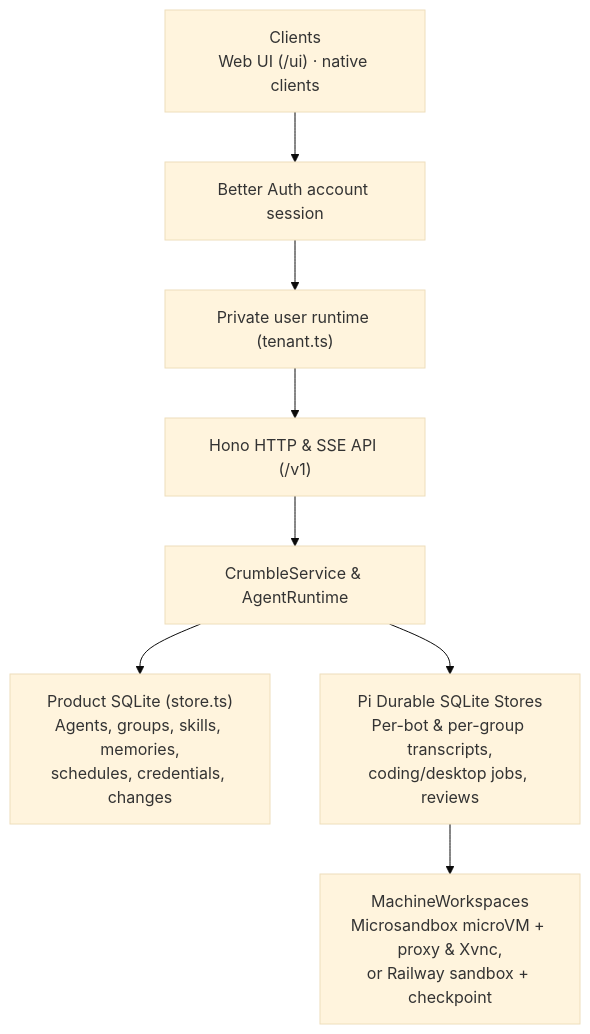
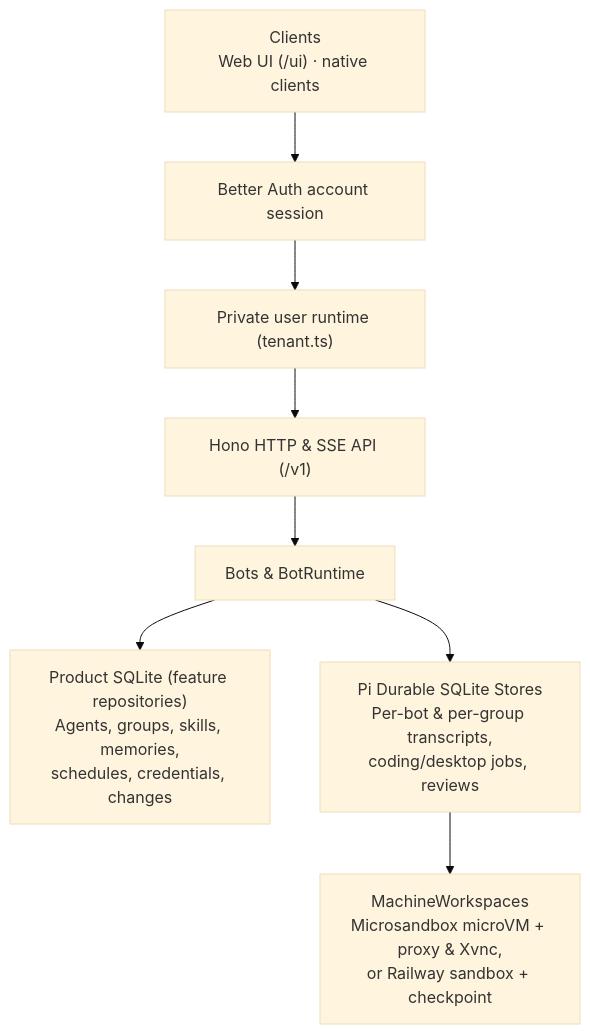
One commit to crumble-project/bot changed the diagram in docs/architecture.md. Above: the diagram before and after it, drawn with Mermaid (base theme). The commit also changed other lines of this file and 427 other files, not shown here.

````diff
--- a/docs/architecture.md
+++ b/docs/architecture.md
@@ -5,10 +5,10 @@
 ```mermaid
 flowchart TD
   Clients["Clients\nWeb UI (/ui) · native clients"] --> Auth["Better Auth account session"]
   Auth --> Tenant["Private user runtime (tenant.ts)"]
   Tenant --> API["Hono HTTP & SSE API (/v1)"]
-  API --> Service["CrumbleService & AgentRuntime"]
-  Service --> Store["Product SQLite (store.ts)\nAgents, groups, skills, memories,\nschedules, credentials, changes"]
+  API --> Service["Bots & BotRuntime"]
+  Service --> Store["Product SQLite (feature repositories)\nAgents, groups, skills, memories,\nschedules, credentials, changes"]
   Service --> Pi["Pi Durable SQLite Stores\nPer-bot & per-group transcripts,\ncoding/desktop jobs, reviews"]
   Pi --> Workspaces["MachineWorkspaces\nMicrosandbox microVM + proxy & Xvnc,\nor Railway sandbox + checkpoint"]
 ```
````
